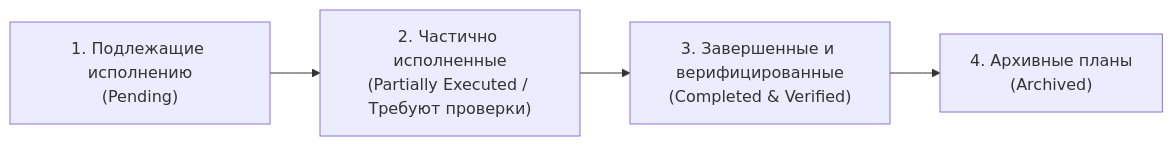
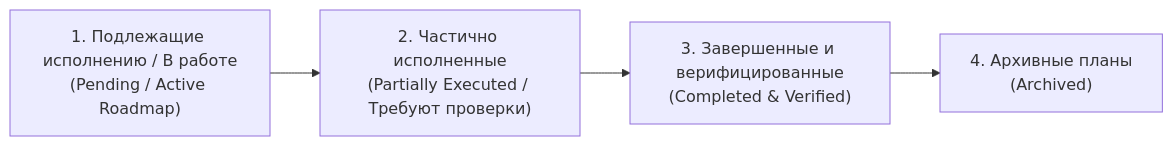
Before and after one commit to artem9119130838-glitch/codex-work: the diagram in codex_kb/00_control/PLANS_REGISTRY.md, drawn with Mermaid. The commit also changed other lines of this file and 3 other files, not shown here.

````diff
--- a/codex_kb/00_control/PLANS_REGISTRY.md
+++ b/codex_kb/00_control/PLANS_REGISTRY.md
@@ -10,6 +10,6 @@
 ```mermaid
 graph LR
-    P1["1. Подлежащие исполнению<br/>(Pending)"] --> P2["2. Частично исполненные<br/>(Partially Executed / Требуют проверки)"]
+    P1["1. Подлежащие исполнению / В работе<br/>(Pending / Active Roadmap)"] --> P2["2. Частично исполненные<br/>(Partially Executed / Требуют проверки)"]
     P2 --> P3["3. Завершенные и верифицированные<br/>(Completed & Verified)"]
     P3 --> P4["4. Архивные планы<br/>(Archived)"]
 ```
````
